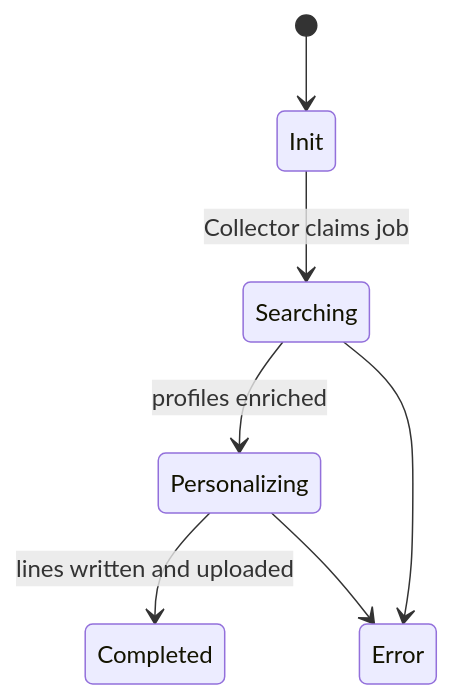
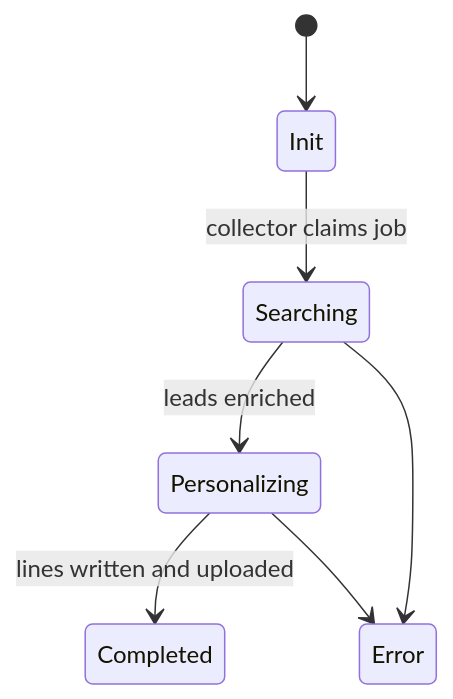
Before and after one commit to Moha-Mahdhour/personalines-engine: the second of 2 diagrams in README.md, drawn with Mermaid. The commit also changed other lines of this file, not shown here.

````diff
--- a/README.md
+++ b/README.md
@@ -23,9 +25,9 @@
 ```mermaid
 stateDiagram-v2
     [*] --> Init
-    Init --> Searching: Collector claims job
-    Searching --> Personalizing: profiles enriched
+    Init --> Searching: collector claims job
+    Searching --> Personalizing: leads enriched
     Personalizing --> Completed: lines written and uploaded
     Searching --> Error
     Personalizing --> Error
 ```
````
